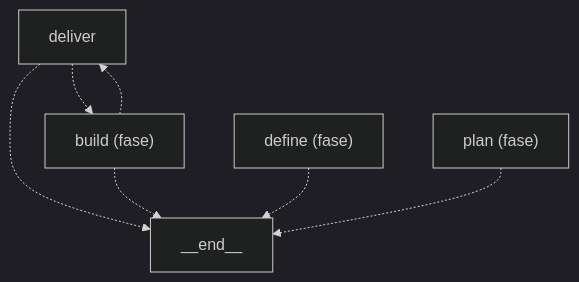
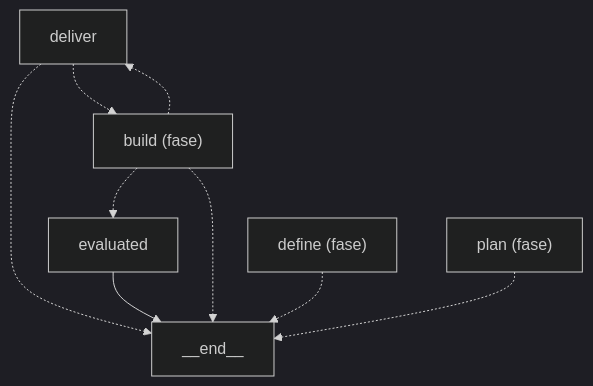
One commit to GonzaloZevallos/agentic-system changed the diagram in docs/architecture/generated/role-graph-deliver.md. Above: the diagram before and after it, drawn with Mermaid (dark theme). The commit also changed 7 other files, not shown here.

````diff
--- a/docs/architecture/generated/role-graph-deliver.md
+++ b/docs/architecture/generated/role-graph-deliver.md
@@ -13,14 +13,17 @@
 ```mermaid
 graph TD
     __end__["__end__"]
     deliver["deliver"]
+    evaluated["evaluated"]
     phase_build["build (fase)"]
     phase_define["define (fase)"]
     phase_plan["plan (fase)"]
     deliver -.-> __end__
     deliver -.-> phase_build
+    evaluated --> __end__
     phase_build -.-> __end__
     phase_build -.-> deliver
+    phase_build -.-> evaluated
     phase_define -.-> __end__
     phase_plan -.-> __end__
 ```
````
